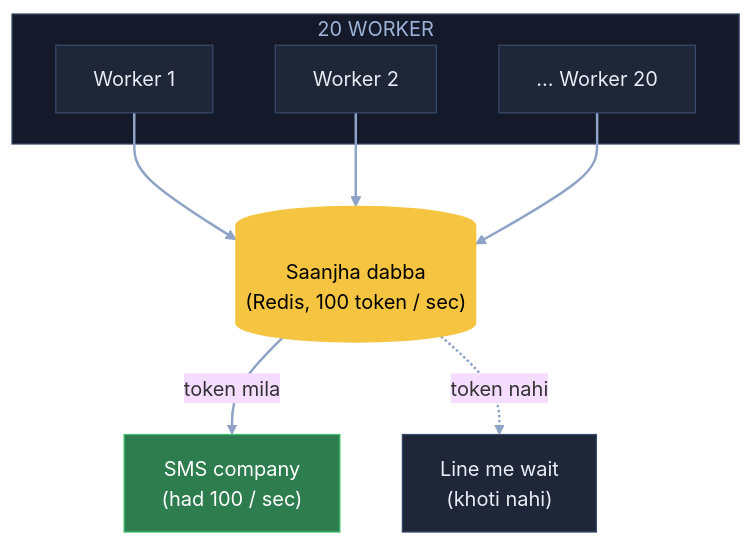
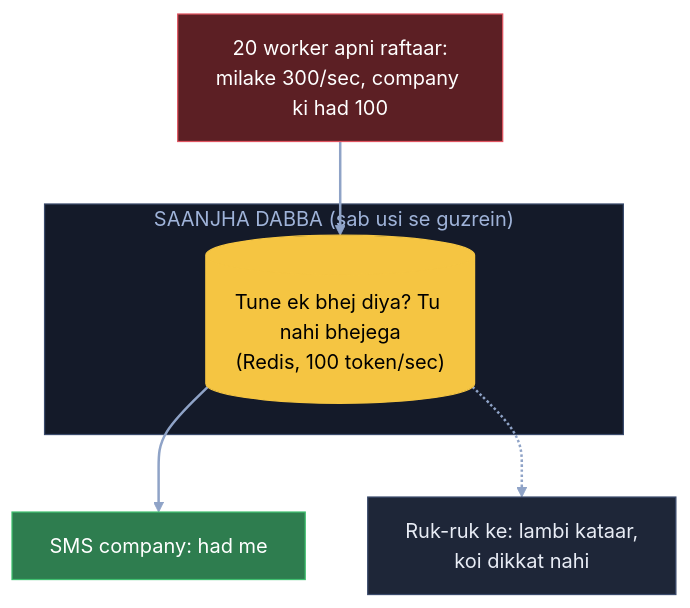
One commit to ArpanMaheshwari144/Prep changed the sixth of 9 diagrams in 04_HLD/SYSTEM_DESIGNS/04_notification_system/04_notification_system.md. Above: the diagram before and after it, drawn with Mermaid (base theme). The commit also changed other lines of this file, not shown here.

Commit message:
Notification: 9 diagram hand notes ke shabdon se (K9: OTP seedha, DB nahi)

````diff
--- a/04_HLD/SYSTEM_DESIGNS/04_notification_system/04_notification_system.md
+++ b/04_HLD/SYSTEM_DESIGNS/04_notification_system/04_notification_system.md
@@ -232,22 +217,18 @@
 ```mermaid
 flowchart TB
-    subgraph WK["20 WORKER"]
-        W1["Worker 1"]:::card
-        W2["Worker 2"]:::card
-        WN["... Worker 20"]:::card
+    X["20 worker apni raftaar:<br/>milake 300/sec, company ki had 100"]:::bad
+    subgraph SD["SAANJHA DABBA (sab usi se guzrein)"]
+        B[("Tune ek bhej diya? Tu nahi bhejega<br/>(Redis, 100 token/sec)")]:::pill
     end
-    B[("Saanjha dabba<br/>(Redis, 100 token / sec)")]:::pill
-    S["SMS company<br/>(had 100 / sec)"]:::good
-    L["Line me wait<br/>(khoti nahi)"]:::card
-    W1 --> B
-    W2 --> B
-    WN --> B
-    B -- "token mila" --> S
-    B -. "token nahi" .-> L
+    C["SMS company: had me"]:::good
+    L["Ruk-ruk ke: lambi kataar,<br/>koi dikkat nahi"]:::card
+    X --> B
+    B --> C
+    B -.-> L
     linkStyle default stroke:#8fa3c7,stroke-width:2px
     classDef card fill:#1e2638,stroke:#3a4a6b,color:#e8ecf5
     classDef pill fill:#f5c542,stroke:#f5c542,color:#000
     classDef good fill:#2e7d4f,stroke:#3fbf6f,color:#fff
     classDef bad fill:#5c1f24,stroke:#e05561,color:#fff
-    style WK fill:#141a29,stroke:#3a4a6b,color:#9fb3d9
+    style SD fill:#141a29,stroke:#3a4a6b,color:#9fb3d9
 ```
````
